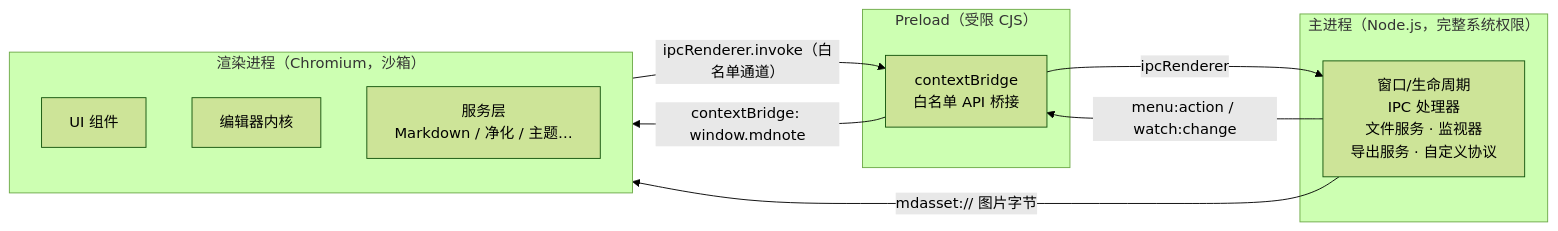
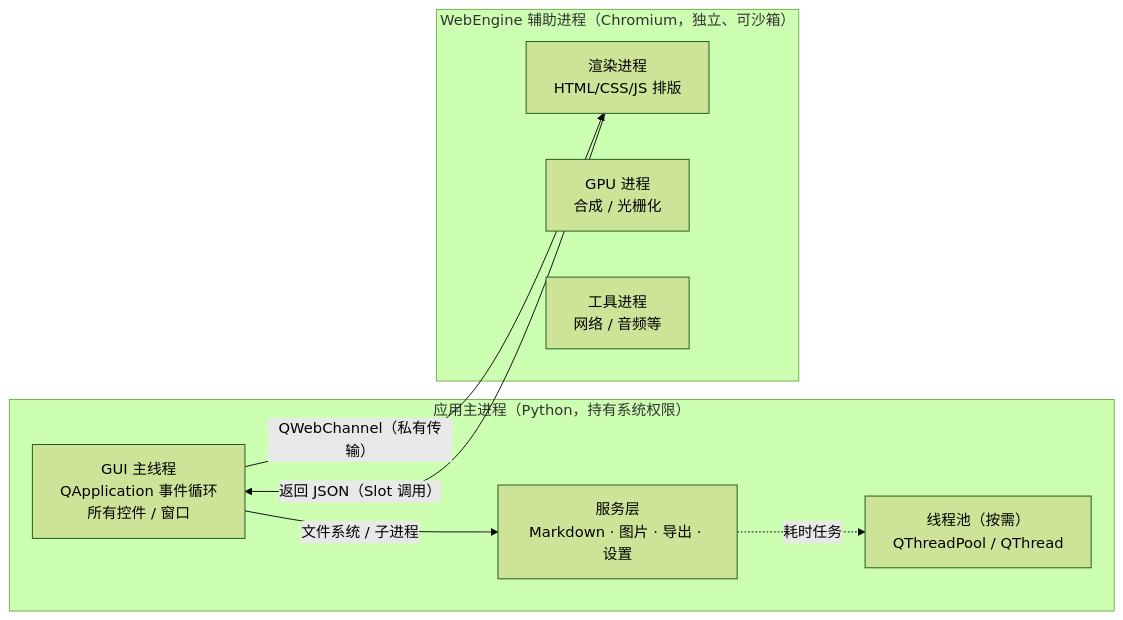
Before and after one commit to Wjkstra/md_tools: the first of 4 diagrams in docs/architecture.md, drawn with Mermaid (forest theme). The commit also changed other lines of this file and 156 other files, not shown here.

````diff
--- a/docs/architecture.md
+++ b/docs/architecture.md
@@ -19,22 +21,19 @@
 ```mermaid
 flowchart LR
-  subgraph Main["主进程（Node.js，完整系统权限）"]
-    M["窗口/生命周期<br/>IPC 处理器<br/>文件服务 · 监视器<br/>导出服务 · 自定义协议"]
+  subgraph App["应用主进程（Python，持有系统权限）"]
+    GUI["GUI 主线程<br/>QApplication 事件循环<br/>所有控件 / 窗口"]
+    SVC["服务层<br/>Markdown · 图片 · 导出 · 设置"]
+    POOL["线程池（按需）<br/>QThreadPool / QThread"]
   end
 
-  subgraph Pre["Preload（受限 CJS）"]
-    P["contextBridge<br/>白名单 API 桥接"]
+  subgraph Web["WebEngine 辅助进程（Chromium，独立、可沙箱）"]
+    REND["渲染进程<br/>HTML/CSS/JS 排版"]
+    GPU["GPU 进程<br/>合成 / 光栅化"]
+    UTIL["工具进程<br/>网络 / 音频等"]
   end
 
-  subgraph Rend["渲染进程（Chromium，沙箱）"]
-    UI["UI 组件"]
-    ED["编辑器内核"]
-    SV["服务层<br/>Markdown / 净化 / 主题…"]
-  end
-
-  M -- "menu:action / watch:change" --> P
-  P -- "contextBridge: window.mdnote" --> Rend
-  Rend -- "ipcRenderer.invoke（白名单通道）" --> P
-  P -- "ipcRenderer" --> M
-  M -- "mdasset:// 图片字节" --> Rend
+  GUI -- "QWebChannel（私有传输）" --> REND
+  REND -- "返回 JSON（Slot 调用）" --> GUI
+  GUI -- "文件系统 / 子进程" --> SVC
+  SVC -. "耗时任务" .-> POOL
 ```
````
